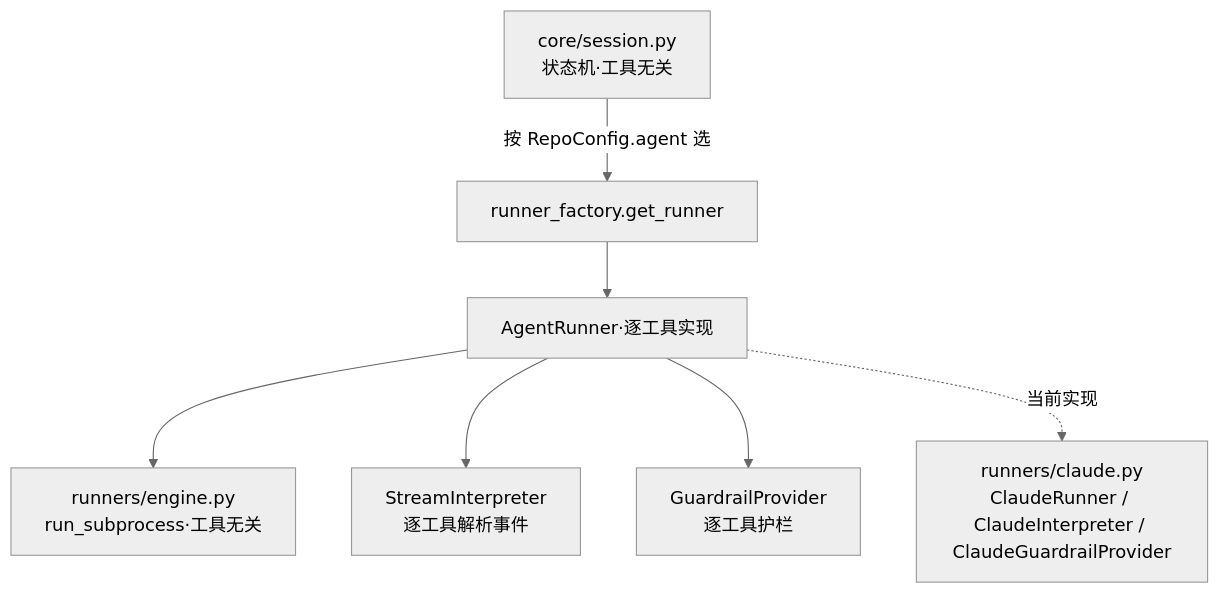
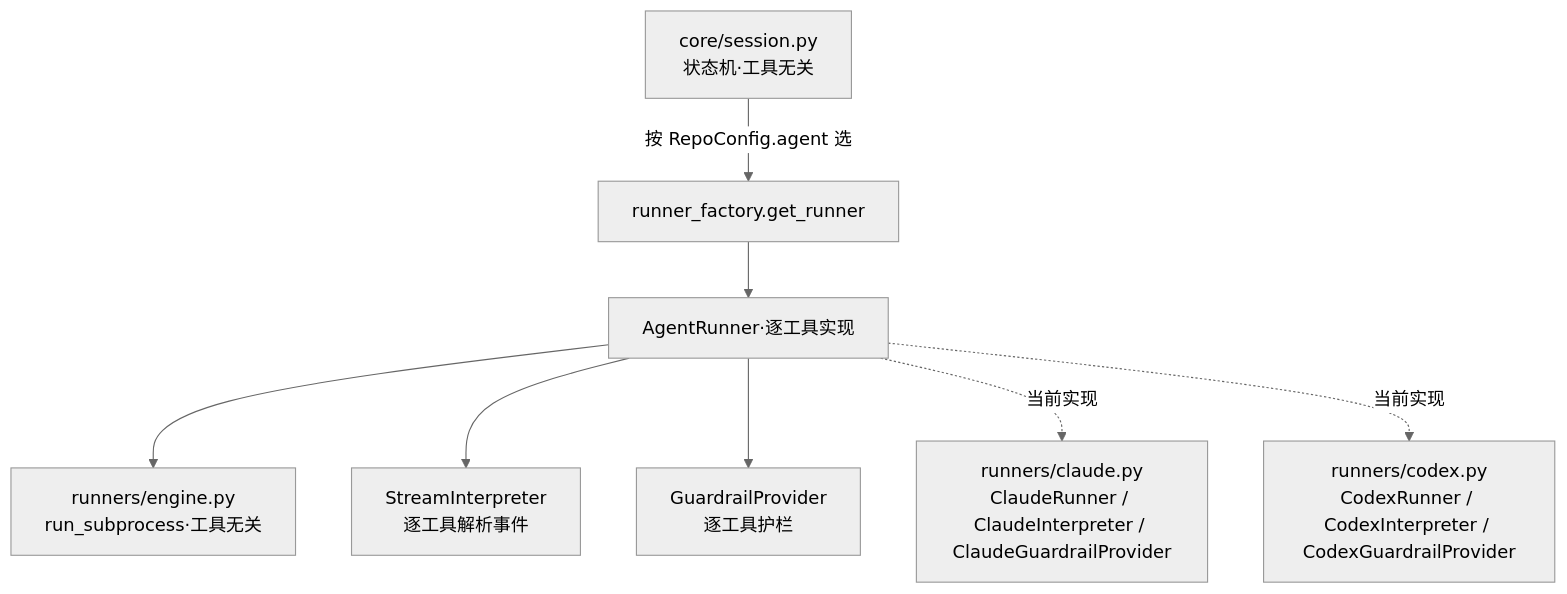
One commit to fboostr/cc-fleet changed the second of 2 diagrams in docs/architecture.md. Above: the diagram before and after it, drawn with Mermaid (neutral theme). The commit also changed other lines of this file and 9 other files, not shown here.

First line of the commit message:
feat: 接入 Codex CLI runner（local，OS sandbox 护栏） (#19)

````diff
--- a/docs/architecture.md
+++ b/docs/architecture.md
@@ -67,9 +67,10 @@
 ```mermaid
 flowchart TB
     SESS[core/session.py<br/>状态机·工具无关] -->|按 RepoConfig.agent 选| FAC[runner_factory.get_runner]
     FAC --> RUNNER[AgentRunner·逐工具实现]
     RUNNER --> ENGINE[runners/engine.py<br/>run_subprocess·工具无关]
     RUNNER --> INTERP[StreamInterpreter<br/>逐工具解析事件]
     RUNNER --> GUARD[GuardrailProvider<br/>逐工具护栏]
     RUNNER -.->|当前实现| CLAUDE[runners/claude.py<br/>ClaudeRunner / ClaudeInterpreter / ClaudeGuardrailProvider]
+    RUNNER -.->|当前实现| CODEX[runners/codex.py<br/>CodexRunner / CodexInterpreter / CodexGuardrailProvider]
 ```
````
